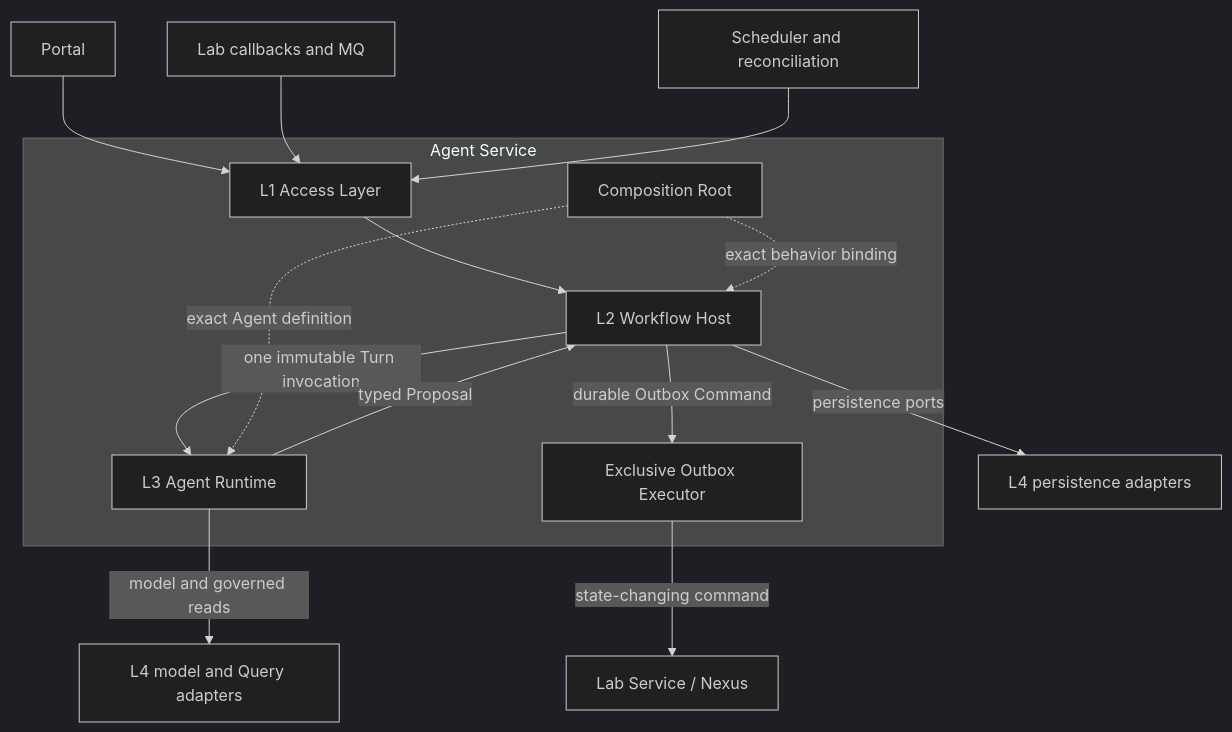
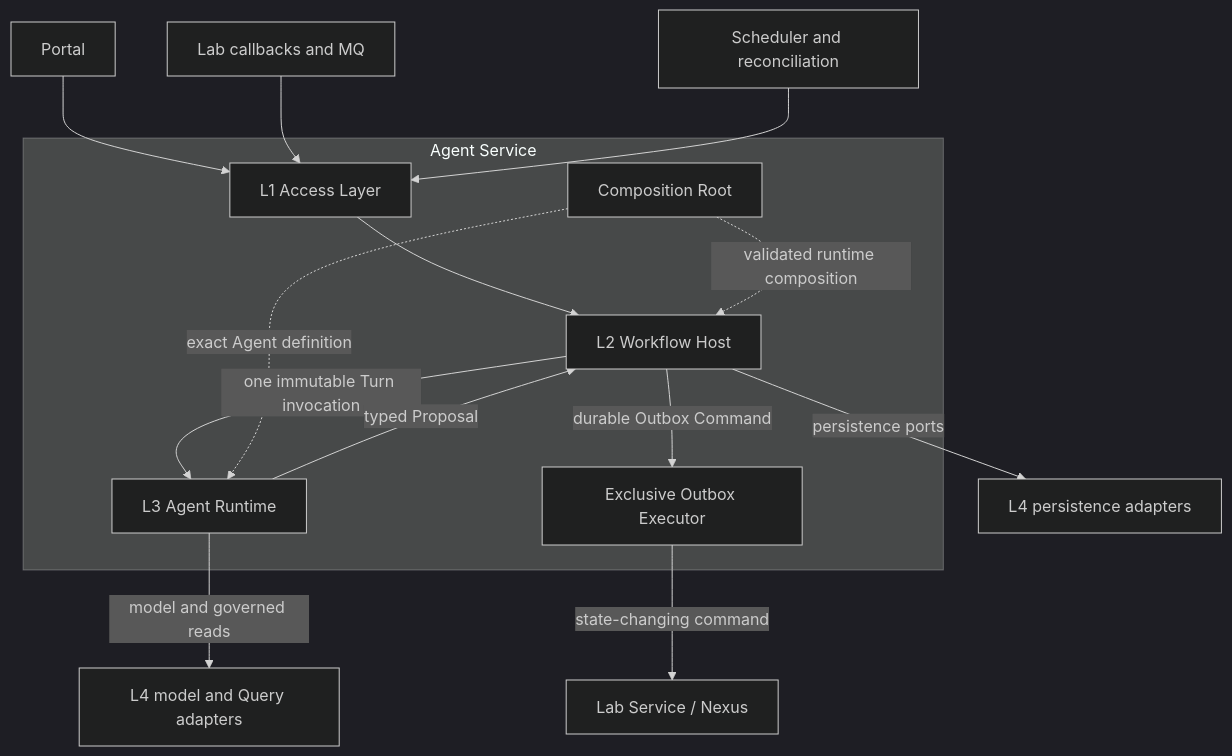
Before and after one commit to c12-ai/BIC-meta: the first of 6 diagrams in docs/architecture/agent-service-l3-redesign.md, drawn with Mermaid (dark theme). The commit also changed other lines of this file and 20 other files, not shown here.

Commit message:
docs(architecture): apply PR 327 review rulings

````diff
--- a/docs/architecture/agent-service-l3-redesign.md
+++ b/docs/architecture/agent-service-l3-redesign.md
@@ -61,25 +61,25 @@
 ```mermaid
 flowchart TB
     Portal[Portal] --> L1
     LabEvents[Lab callbacks and MQ] --> L1
     Scheduler[Scheduler and reconciliation] --> L1
 
     subgraph AgentService[Agent Service]
         L1[L1 Access Layer]
         L2[L2 Workflow Host]
         L3[L3 Agent Runtime]
         CR[Composition Root]
         OUT[Exclusive Outbox Executor]
 
         L1 --> L2
         L2 -->|one immutable Turn invocation| L3
         L3 -->|typed Proposal| L2
         L2 -->|durable Outbox Command| OUT
-        CR -. exact behavior binding .-> L2
+        CR -. validated runtime composition .-> L2
         CR -. exact Agent definition .-> L3
     end
 
     L3 -->|model and governed reads| ReadAdapters[L4 model and Query adapters]
     L2 -->|persistence ports| Persistence[L4 persistence adapters]
     OUT -->|state-changing command| Nexus[Lab Service / Nexus]
 ```
````
